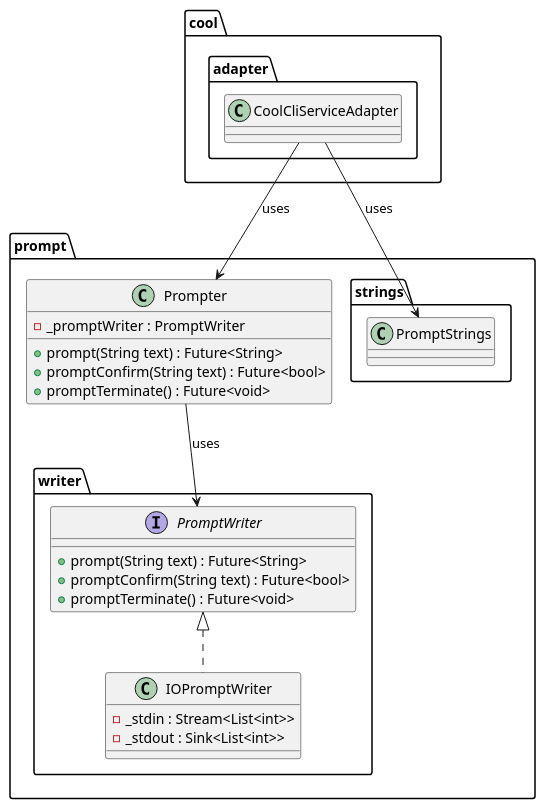
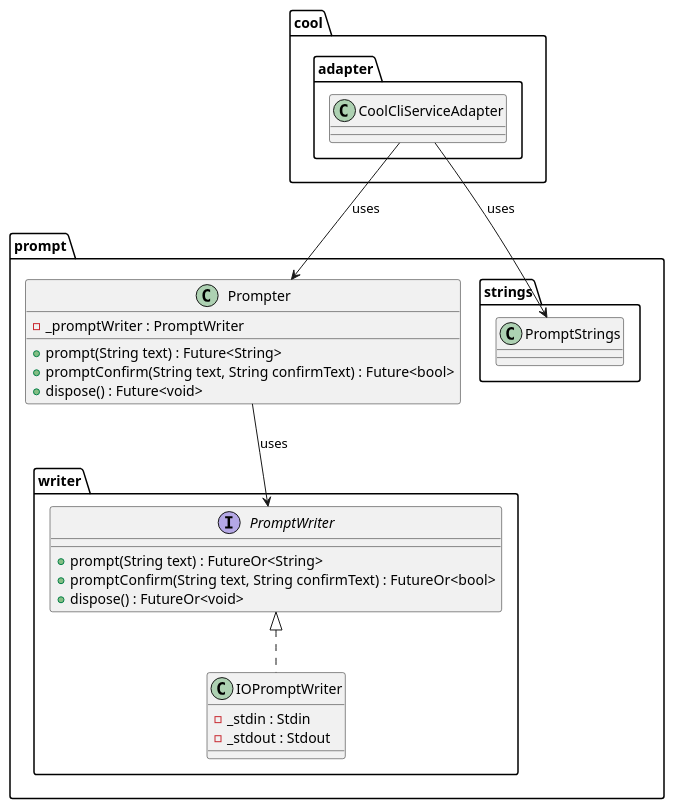
One commit to Flank/flank-dashboard changed the diagram in metrics/cli/docs/diagrams/prompt_class_diagram.puml. Above: the diagram before and after it, drawn with PlantUML. The commit also changed 6 other files, not shown here.

```diff
--- a/metrics/cli/docs/diagrams/prompt_class_diagram.puml
+++ b/metrics/cli/docs/diagrams/prompt_class_diagram.puml
@@ -1,40 +1,40 @@
 @startuml prompt_class_diagram
 
 package prompt {
     package writer {
         interface PromptWriter {
-            + prompt(String text) : Future<String>
-            + promptConfirm(String text) : Future<bool>
-            + promptTerminate() : Future<void>
+            + prompt(String text) : FutureOr<String>
+            + promptConfirm(String text, String confirmText) : FutureOr<bool>
+            + dispose() : FutureOr<void>
         }
 
         class IOPromptWriter implements PromptWriter{
-            - _stdin : Stream<List<int>>
-            - _stdout : Sink<List<int>>
+            - _stdin : Stdin
+            - _stdout : Stdout
         }
     }
 
     package strings {
         class PromptStrings{}
     }
 
     class Prompter {
         - _promptWriter : PromptWriter
         + prompt(String text) : Future<String>
-        + promptConfirm(String text) : Future<bool>
-        + promptTerminate() : Future<void>
+        + promptConfirm(String text, String confirmText) : Future<bool>
+        + dispose() : Future<void>
     }
 }
 
 package cool.adapter {
     class CoolCliServiceAdapter {
 
     }
 }
 
 Prompter --> PromptWriter : uses
 
 CoolCliServiceAdapter --> Prompter : uses
 CoolCliServiceAdapter --> PromptStrings : uses
 
 @enduml
```
